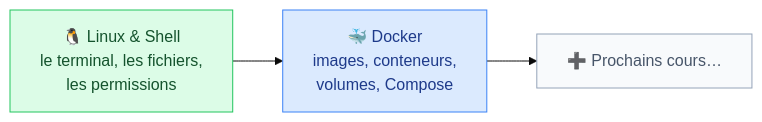
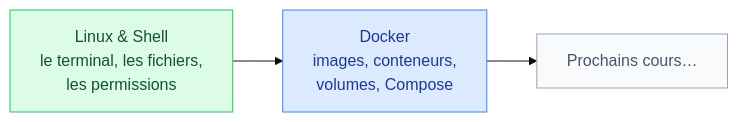
The diagram in methodologie-securite-it/README.md (GoobyWoobies/HEIA-IT), drawn with Mermaid (base theme) before and after one commit. The commit also changed other lines of this file and 24 other files, not shown here.

````diff
--- a/methodologie-securite-it/README.md
+++ b/methodologie-securite-it/README.md
@@ -30,9 +30,9 @@
 ```mermaid
 flowchart LR
-    L["🐧 Linux & Shell<br/>le terminal, les fichiers,<br/>les permissions"] --> D["🐳 Docker<br/>images, conteneurs,<br/>volumes, Compose"]
-    D --> N["➕ Prochains cours…"]
+    L["Linux & Shell<br/>le terminal, les fichiers,<br/>les permissions"] --> D["Docker<br/>images, conteneurs,<br/>volumes, Compose"]
+    D --> N["Prochains cours…"]
 
     style L fill:#dcfce7,stroke:#22c55e,color:#14532d
     style D fill:#dbeafe,stroke:#3b82f6,color:#1e3a8a
     style N fill:#f8fafc,stroke:#94a3b8,color:#475569
 ```
````
